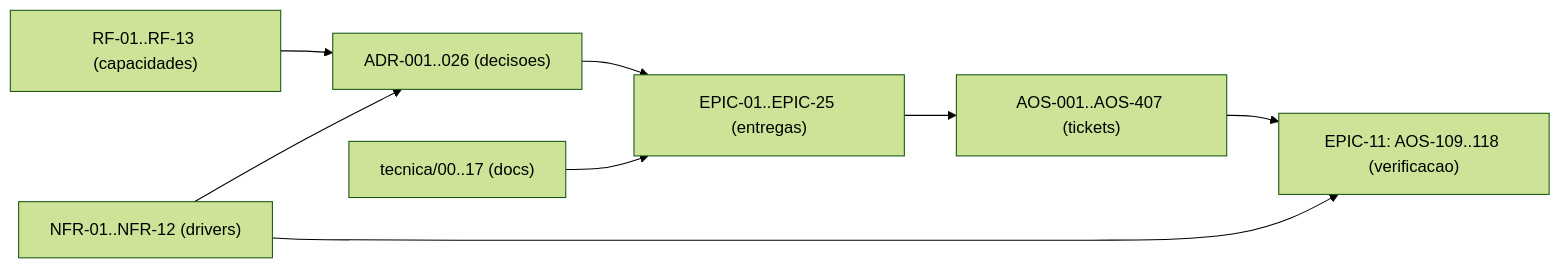
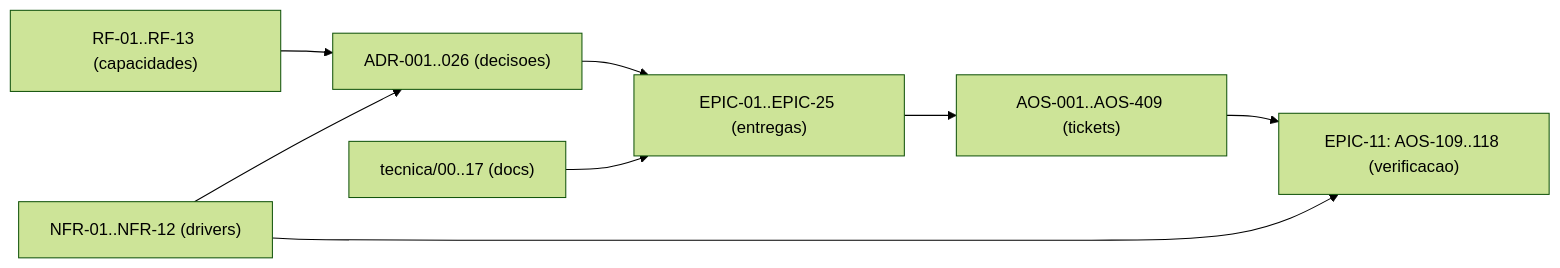
One commit to albinoJimy/aos changed the diagram in tecnica/16_Rastreabilidade_RTM.md. Above: the diagram before and after it, drawn with Mermaid (forest theme). The commit also changed other lines of this file and 26 other files, not shown here.

````diff
--- a/tecnica/16_Rastreabilidade_RTM.md
+++ b/tecnica/16_Rastreabilidade_RTM.md
@@ -184,10 +184,10 @@
 ```mermaid
 flowchart LR
     RF["RF-01..RF-13 (capacidades)"] --> ADR["ADR-001..026 (decisoes)"]
     NFR["NFR-01..NFR-12 (drivers)"] --> ADR
     ADR --> EPIC["EPIC-01..EPIC-25 (entregas)"]
-    EPIC --> TICK["AOS-001..AOS-407 (tickets)"]
+    EPIC --> TICK["AOS-001..AOS-409 (tickets)"]
     DOC["tecnica/00..17 (docs)"] --> EPIC
     TICK --> TEST["EPIC-11: AOS-109..118 (verificacao)"]
     NFR --> TEST
 ```
````
